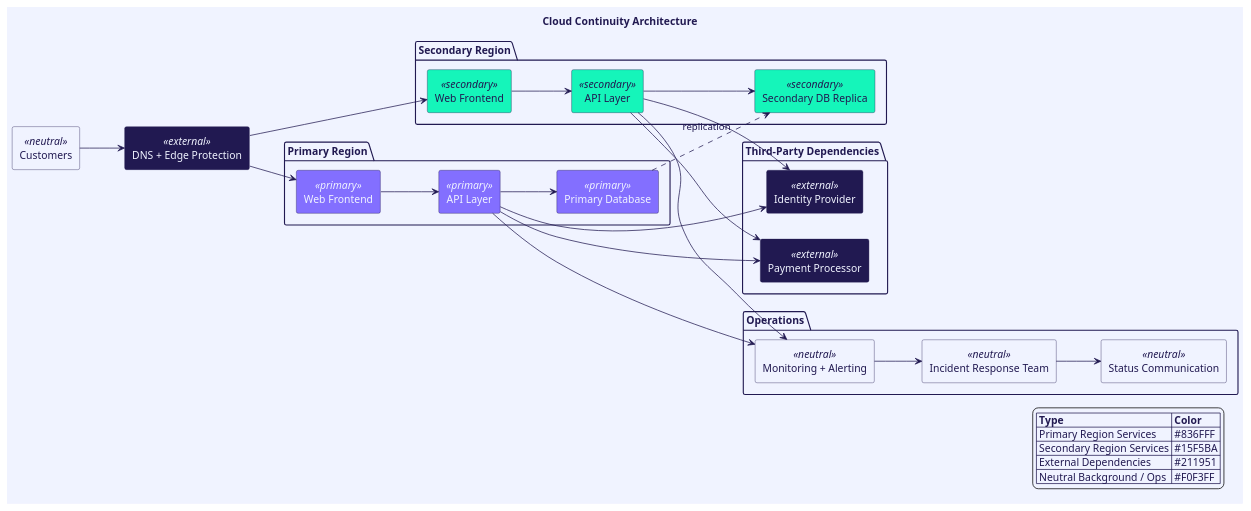
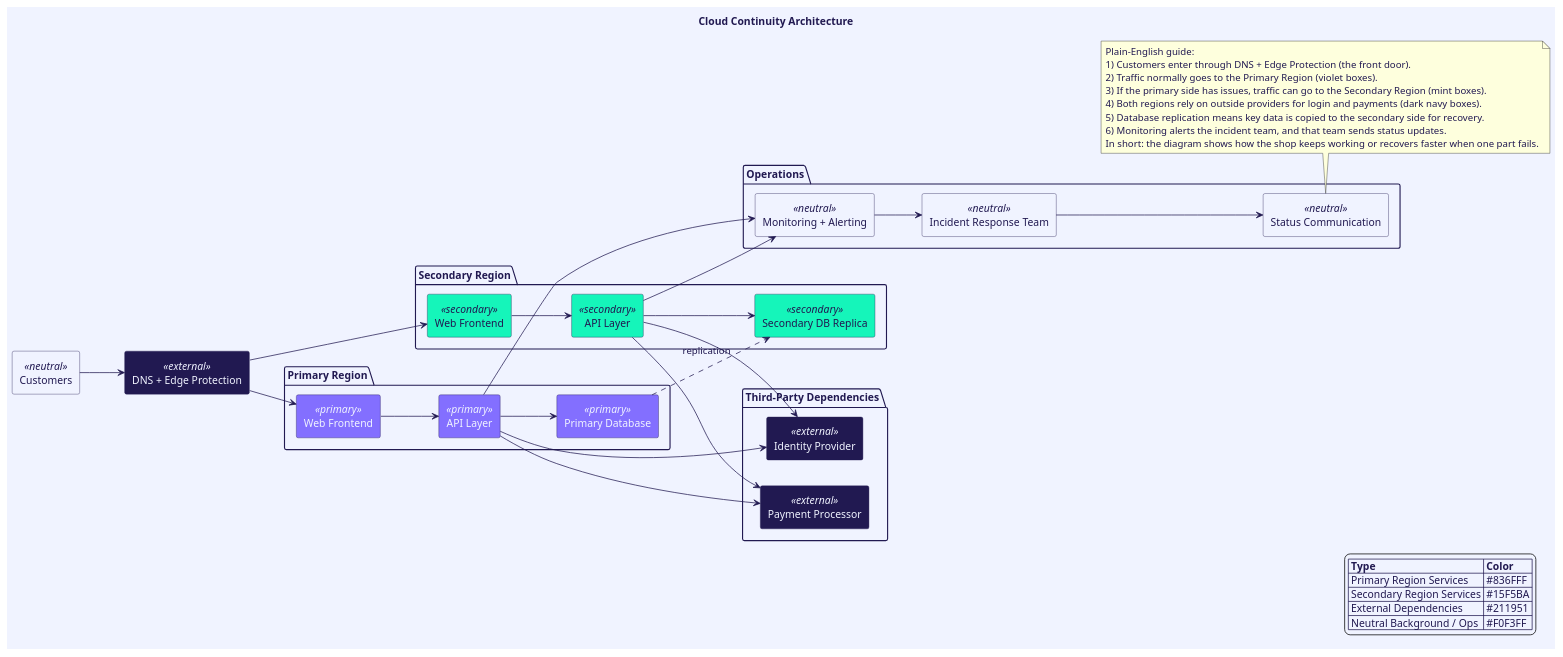
Before and after one commit to MercuryAtom31/Cloud-Business-Continuity-Strategy-for-an-E-commerce-Platform: the diagram in cloud-continuity-architecture-diagram.puml, drawn with PlantUML.

Commit message:
Explained in plain English the diagram.

```diff
--- a/cloud-continuity-architecture-diagram.puml
+++ b/cloud-continuity-architecture-diagram.puml
@@ -1,109 +1,120 @@
 @startuml
 title Cloud Continuity Architecture
 left to right direction
 
 ' Palette
 ' #211951 (deep navy)
 ' #836FFF (violet)
 ' #15F5BA (mint)
 ' #F0F3FF (soft white)
 
 skinparam backgroundColor #F0F3FF
 skinparam shadowing false
 skinparam defaultFontName Segoe UI
 skinparam defaultFontColor #211951
 
 skinparam ArrowColor #211951
 skinparam ArrowThickness 1
 skinparam package {
   BorderColor #211951
   FontColor #211951
   BackgroundColor #F0F3FF
 }
 
 skinparam rectangle {
   BorderColor #211951
   FontColor #211951
   BackgroundColor #F0F3FF
 }
 
 skinparam rectangle<<primary>> {
   BackgroundColor #836FFF
   BorderColor #211951
   FontColor #F0F3FF
 }
 
 skinparam rectangle<<secondary>> {
   BackgroundColor #15F5BA
   BorderColor #211951
   FontColor #211951
 }
 
 skinparam rectangle<<external>> {
   BackgroundColor #211951
   BorderColor #211951
   FontColor #F0F3FF
 }
 
 skinparam rectangle<<neutral>> {
   BackgroundColor #F0F3FF
   BorderColor #211951
   FontColor #211951
 }
 
 rectangle "Customers" as U <<neutral>>
 rectangle "DNS + Edge Protection" as DNS <<external>>
 
 package "Primary Region" {
   rectangle "Web Frontend" as PWEB <<primary>>
   rectangle "API Layer" as PAPI <<primary>>
   rectangle "Primary Database" as PDB <<primary>>
 }
 
 package "Secondary Region" {
   rectangle "Web Frontend" as SWEB <<secondary>>
   rectangle "API Layer" as SAPI <<secondary>>
   rectangle "Secondary DB Replica" as SDB <<secondary>>
 }
 
 package "Third-Party Dependencies" {
   rectangle "Identity Provider" as IDP <<external>>
   rectangle "Payment Processor" as PAY <<external>>
 }
 
 package "Operations" {
   rectangle "Monitoring + Alerting" as MON <<neutral>>
   rectangle "Incident Response Team" as IR <<neutral>>
   rectangle "Status Communication" as COMMS <<neutral>>
 }
 
 U --> DNS
 DNS --> PWEB
 DNS --> SWEB
 
 PWEB --> PAPI
 SWEB --> SAPI
 
 PAPI --> PDB
 SAPI --> SDB
 PDB ..> SDB : replication
 
 PAPI --> IDP
 SAPI --> IDP
 PAPI --> PAY
 SAPI --> PAY
 
 PAPI --> MON
 SAPI --> MON
 MON --> IR
 IR --> COMMS
 
 legend right
 |= Type |= Color |
 | Primary Region Services | #836FFF |
 | Secondary Region Services | #15F5BA |
 | External Dependencies | #211951 |
 | Neutral Background / Ops | #F0F3FF |
 endlegend
 
+note bottom of COMMS
+Plain-English guide:
+1) Customers enter through DNS + Edge Protection (the front door).
+2) Traffic normally goes to the Primary Region (violet boxes).
+3) If the primary side has issues, traffic can go to the Secondary Region (mint boxes).
+4) Both regions rely on outside providers for login and payments (dark navy boxes).
+5) Database replication means key data is copied to the secondary side for recovery.
+6) Monitoring alerts the incident team, and that team sends status updates.
+In short: the diagram shows how the shop keeps working or recovers faster when one part fails.
+end note
+
 @enduml
```
